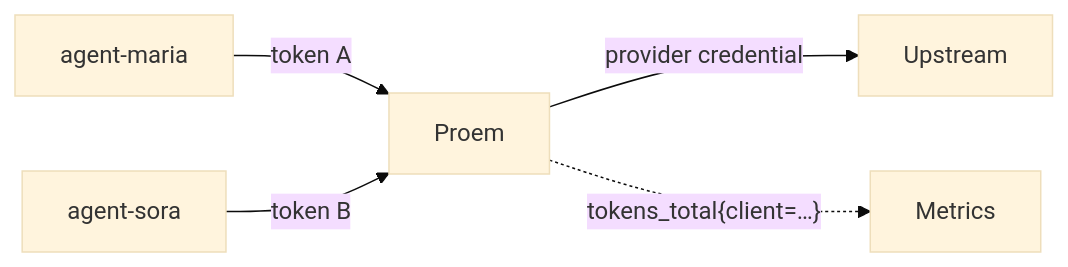
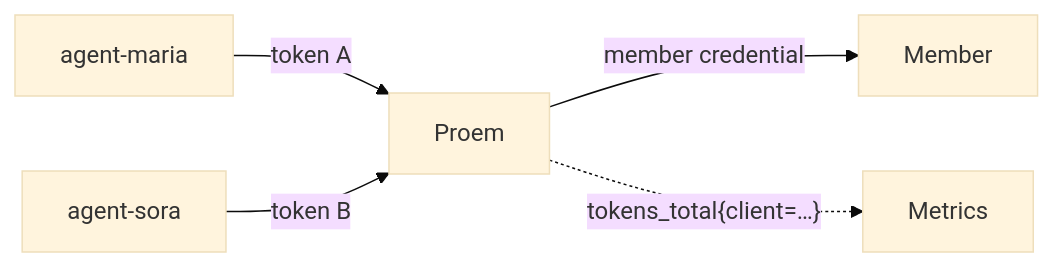
One commit to barockok/proem changed the diagram in docs/site/_content/guides/client-tokens.md. Above: the diagram before and after it, drawn with Mermaid (base theme). The commit also changed other lines of this file and 11 other files, not shown here.

````diff
--- a/docs/site/_content/guides/client-tokens.md
+++ b/docs/site/_content/guides/client-tokens.md
@@ -10,7 +10,7 @@
 ```mermaid
 flowchart LR
   A["agent-maria"] -->|token A| P["Proem"]
   B["agent-sora"] -->|token B| P
-  P -->|provider credential| U["Upstream"]
+  P -->|member credential| U["Member"]
   P -.->|"tokens_total{client=…}"| M["Metrics"]
 ```
````
